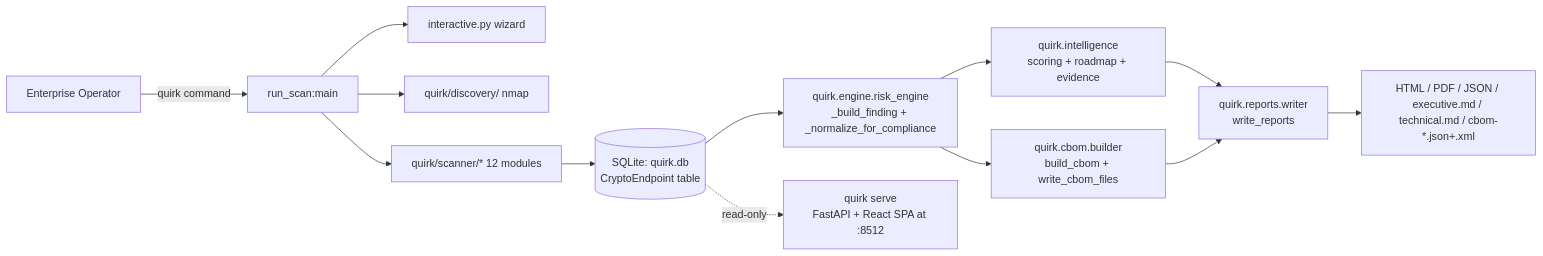
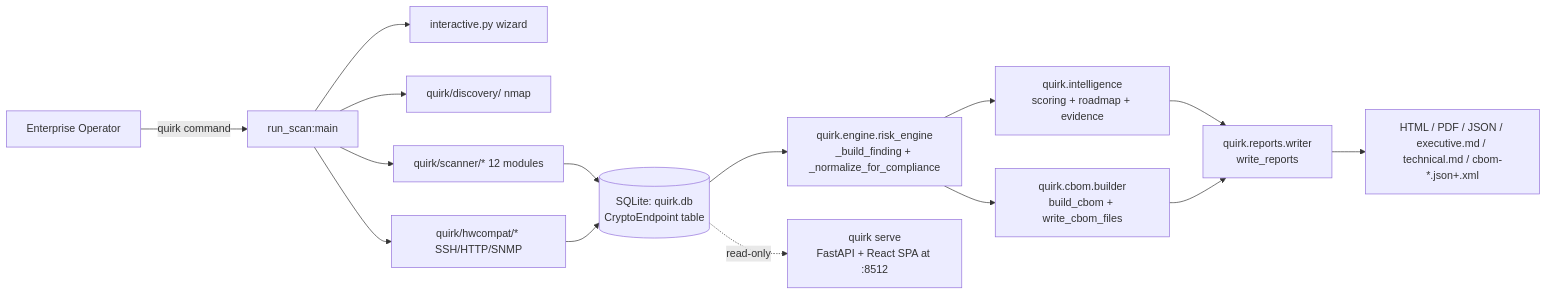
One commit to 0xD1g5/QU.I.R.K changed the first of 3 diagrams in docs/architecture.md. Above: the diagram before and after it, drawn with Mermaid.

Commit message:
docs(135-03): add hardware scanner node to §1 mermaid flowchart
- Add HardwareScan[quirk/hwcompat/* SSH/HTTP/SNMP] node parallel to Scanners
- Arrow from HardwareScan to DB node, showing separate signal path
- Preserves all existing nodes and arrows

````diff
--- a/docs/architecture.md
+++ b/docs/architecture.md
@@ -13,15 +13,17 @@
 ```mermaid
 flowchart LR
   User[Enterprise Operator] -->|quirk command| CLI[run_scan:main]
   CLI --> Wizard[interactive.py wizard]
   CLI --> Discovery[quirk/discovery/ nmap]
   CLI --> Scanners[quirk/scanner/* 12 modules]
+  CLI --> HardwareScan[quirk/hwcompat/* SSH/HTTP/SNMP]
   Scanners --> DB[(SQLite: quirk.db<br/>CryptoEndpoint table)]
+  HardwareScan --> DB
   DB --> Risk[quirk.engine.risk_engine<br/>_build_finding + _normalize_for_compliance]
   Risk --> Intel[quirk.intelligence<br/>scoring + roadmap + evidence]
   Risk --> CBOM[quirk.cbom.builder<br/>build_cbom + write_cbom_files]
   Intel --> Reports[quirk.reports.writer<br/>write_reports]
   CBOM --> Reports
   Reports --> Outputs[HTML / PDF / JSON / executive.md / technical.md / cbom-*.json+.xml]
   DB -.read-only.-> Dashboard[quirk serve<br/>FastAPI + React SPA at :8512]
 ```
````
